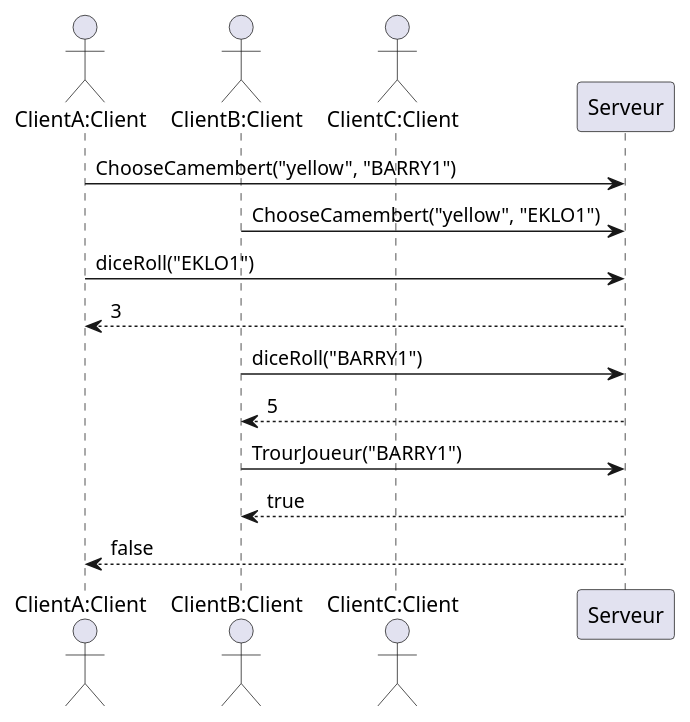
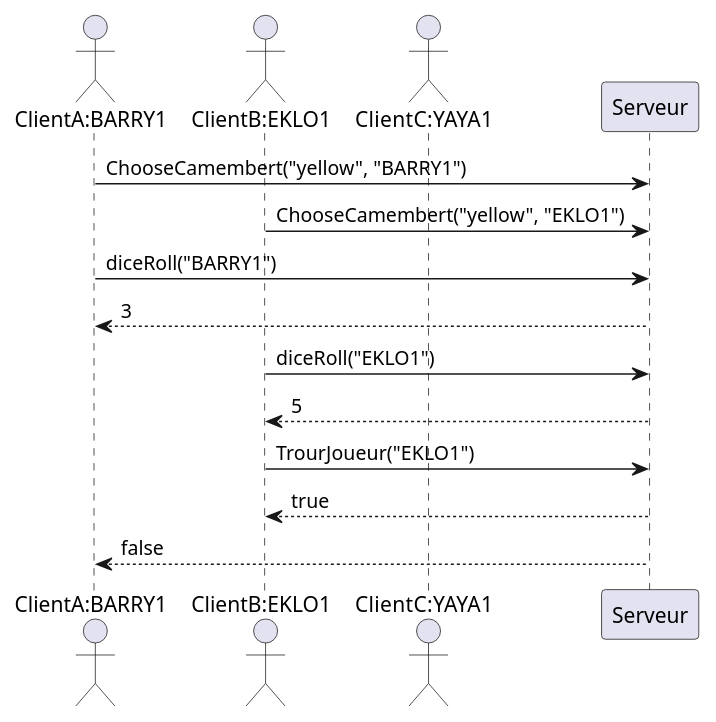
Before and after one commit to sybarry/Trivial_Pursuit_CL: diagram 14 of 15 in trivial-doc/modules/development/pages/composants.adoc, drawn with PlantUML. The commit also changed other lines of this file, not shown here.

```diff
--- a/trivial-doc/modules/development/pages/composants.adoc
+++ b/trivial-doc/modules/development/pages/composants.adoc
@@ -414,24 +414,24 @@
 [plantuml]
 ....
 @startuml
 
-actor "ClientA:Client" as C1
-actor "ClientB:Client" as C2
-actor "ClientC:Client" as C3
+actor "ClientA:BARRY1" as C1
+actor "ClientB:EKLO1" as C2
+actor "ClientC:YAYA1" as C3
 
 C1 -> Serveur: ChooseCamembert("yellow", "BARRY1")
 C2 -> Serveur: ChooseCamembert("yellow", "EKLO1")
 
-C1 -> Serveur: diceRoll("EKLO1")
+C1 -> Serveur: diceRoll("BARRY1")
 Serveur --> C1 : 3
 
-C2 -> Serveur: diceRoll("BARRY1")
+C2 -> Serveur: diceRoll("EKLO1")
 Serveur --> C2 : 5
 
-C2 -> Serveur: TrourJoueur("BARRY1")
+C2 -> Serveur: TrourJoueur("EKLO1")
 Serveur --> C2 : true
 
 Serveur --> C1 : false
 
 @enduml
 ....
```
